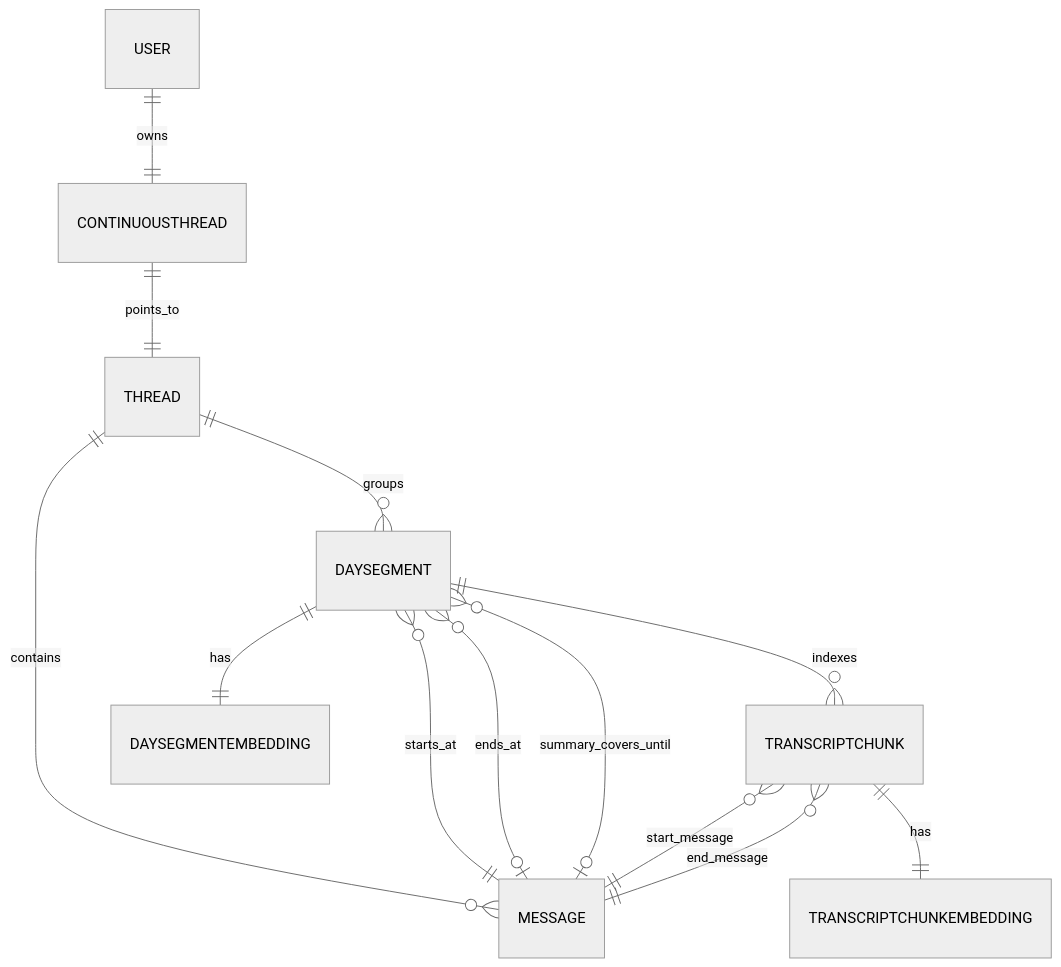
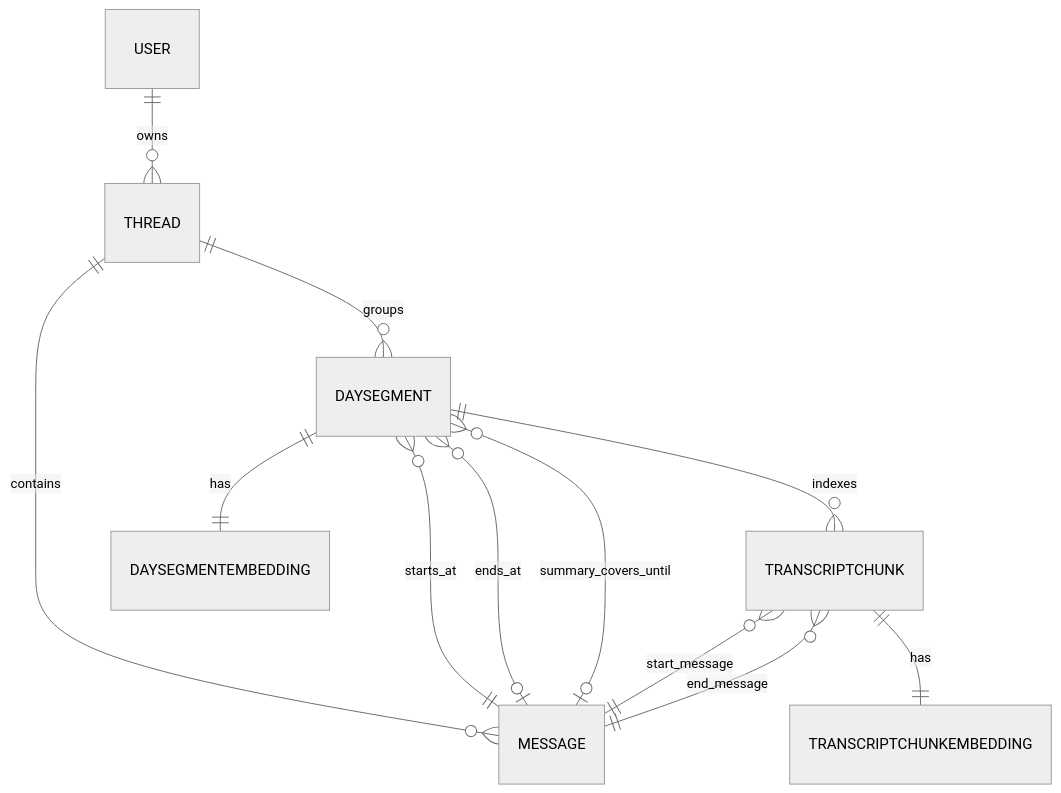
One commit to AMairesse/Nova changed the fifth of 5 diagrams in plans/continuous_discussion.md. Above: the diagram before and after it, drawn with Mermaid (neutral theme). The commit also changed other lines of this file, not shown here.

````diff
--- a/plans/continuous_discussion.md
+++ b/plans/continuous_discussion.md
@@ -1028,17 +902,16 @@
 ```mermaid
 erDiagram
-  USER ||--|| CONTINUOUSTHREAD : owns
-  CONTINUOUSTHREAD ||--|| THREAD : points_to
+  USER ||--o{ THREAD : owns
   THREAD ||--o{ MESSAGE : contains
   THREAD ||--o{ DAYSEGMENT : groups
   DAYSEGMENT ||--o{ TRANSCRIPTCHUNK : indexes
 
   DAYSEGMENT ||--|| DAYSEGMENTEMBEDDING : has
   TRANSCRIPTCHUNK ||--|| TRANSCRIPTCHUNKEMBEDDING : has
 
   DAYSEGMENT }o--|| MESSAGE : starts_at
   DAYSEGMENT }o--o| MESSAGE : ends_at
   DAYSEGMENT }o--o| MESSAGE : summary_covers_until
   TRANSCRIPTCHUNK }o--|| MESSAGE : start_message
   TRANSCRIPTCHUNK }o--|| MESSAGE : end_message
 ```
````
